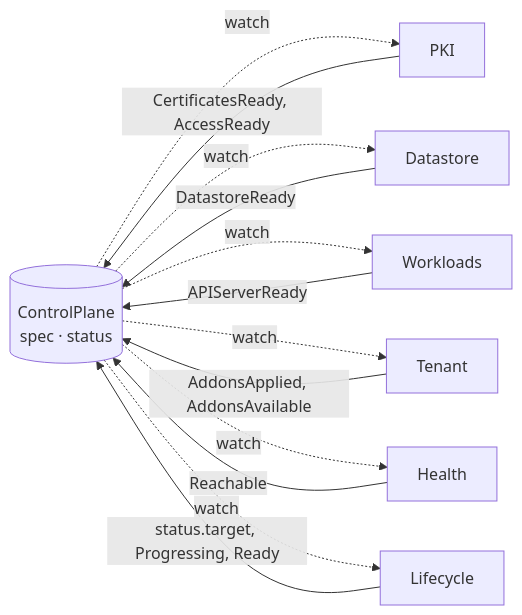
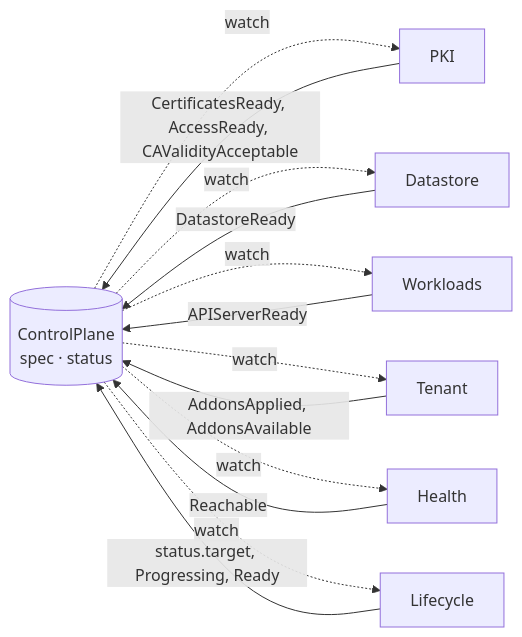
Before and after one commit to lodia-io/lodia: the diagram in docs/decisions/independent-controllers.md, drawn with Mermaid. The commit also changed other lines of this file and 18 other files, not shown here.

````diff
--- a/docs/decisions/independent-controllers.md
+++ b/docs/decisions/independent-controllers.md
@@ -65,16 +68,16 @@
 ```mermaid
 flowchart LR
   CP[("ControlPlane<br/>spec · status")]
-  PKI -->|CertificatesReady, AccessReady| CP
+  PKI -->|CertificatesReady, AccessReady, CAValidityAcceptable| CP
   DS[Datastore] -->|DatastoreReady| CP
   WL[Workloads] -->|APIServerReady| CP
   TN[Tenant] -->|AddonsApplied, AddonsAvailable| CP
   HL[Health] -->|Reachable| CP
   LC[Lifecycle] -->|status.target, Progressing, Ready| CP
   CP -. watch .-> PKI
   CP -. watch .-> DS
   CP -. watch .-> WL
   CP -. watch .-> TN
   CP -. watch .-> HL
   CP -. watch .-> LC
 ```
````
